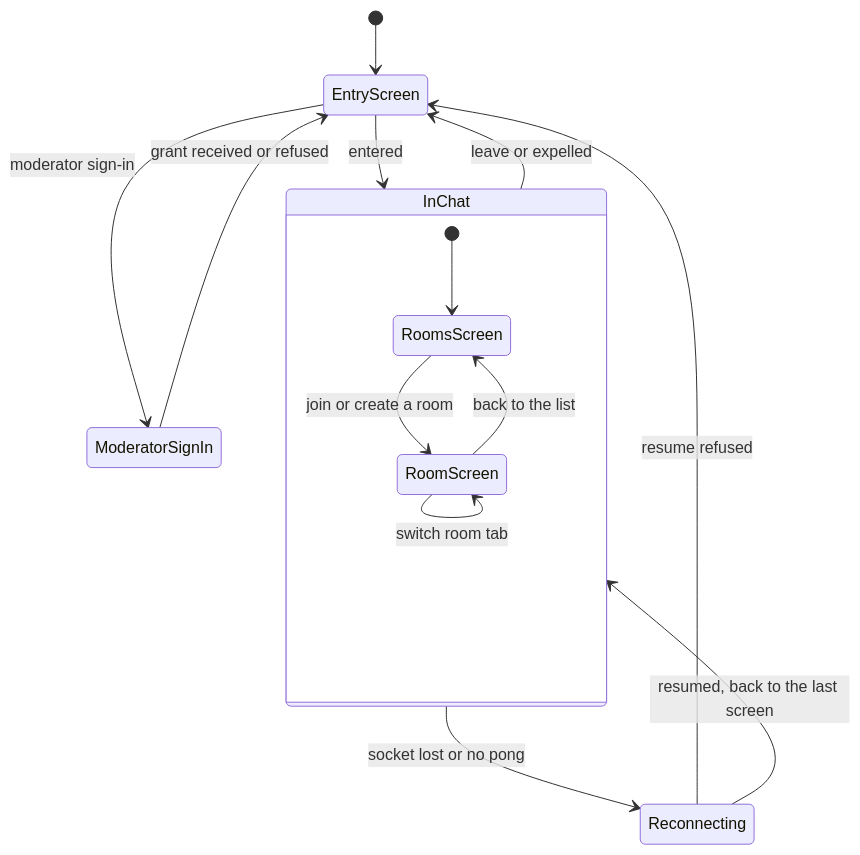
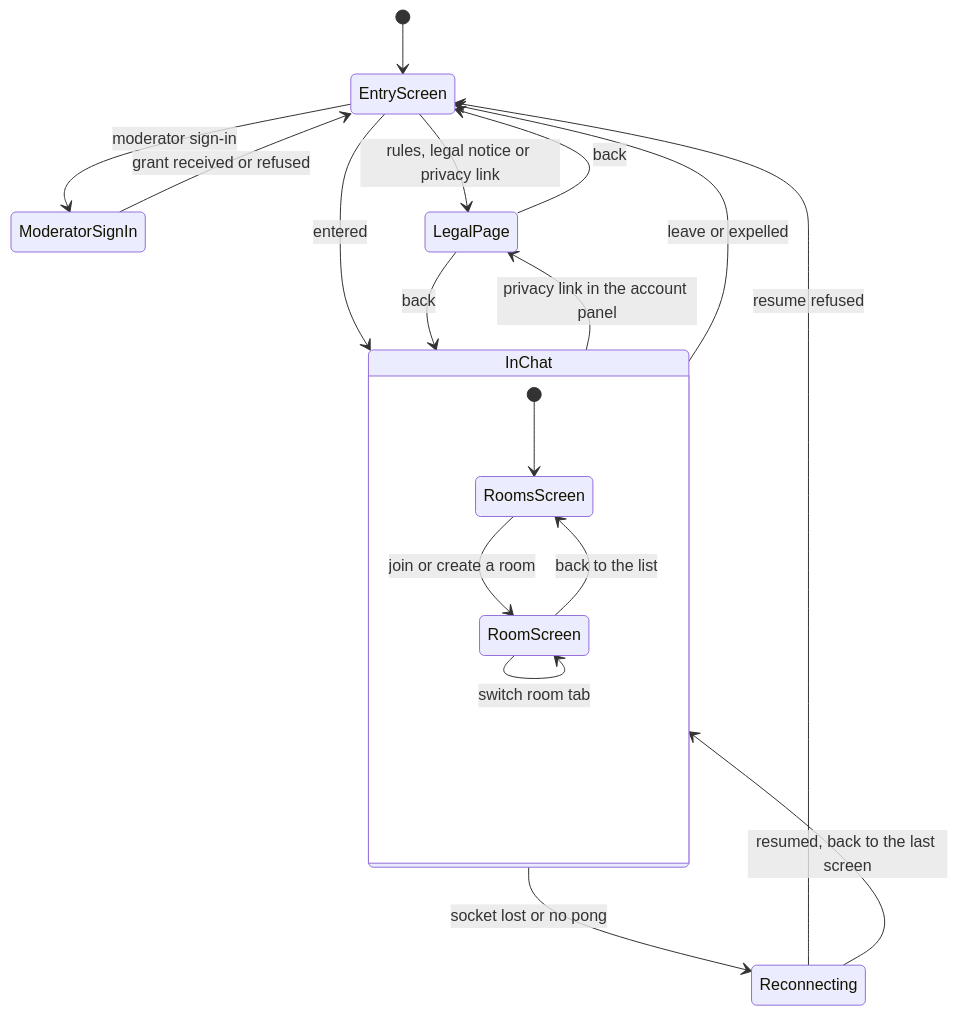
Before and after one commit to benoit-bremaud/asv: the diagram in docs/architecture/diagrams/web-ui/05-state-navigation.md, drawn with Mermaid. The commit also changed other lines of this file and 12 other files, not shown here.

First line of the commit message:
docs(architecture): conception study for the real-tester exposure (#54) (#55)

````diff
--- a/docs/architecture/diagrams/web-ui/05-state-navigation.md
+++ b/docs/architecture/diagrams/web-ui/05-state-navigation.md
@@ -14,17 +15,21 @@
 ```mermaid
 stateDiagram-v2
   [*] --> EntryScreen
   EntryScreen --> ModeratorSignIn: moderator sign-in
   ModeratorSignIn --> EntryScreen: grant received or refused
   EntryScreen --> InChat: entered
+  EntryScreen --> LegalPage: rules, legal notice or privacy link
+  LegalPage --> EntryScreen: back
+  InChat --> LegalPage: privacy link in the account panel
+  LegalPage --> InChat: back
   state InChat {
     [*] --> RoomsScreen
     RoomsScreen --> RoomScreen: join or create a room
     RoomScreen --> RoomsScreen: back to the list
     RoomScreen --> RoomScreen: switch room tab
   }
   InChat --> Reconnecting: socket lost or no pong
   Reconnecting --> InChat: resumed, back to the last screen
   Reconnecting --> EntryScreen: resume refused
   InChat --> EntryScreen: leave or expelled
 ```
````
